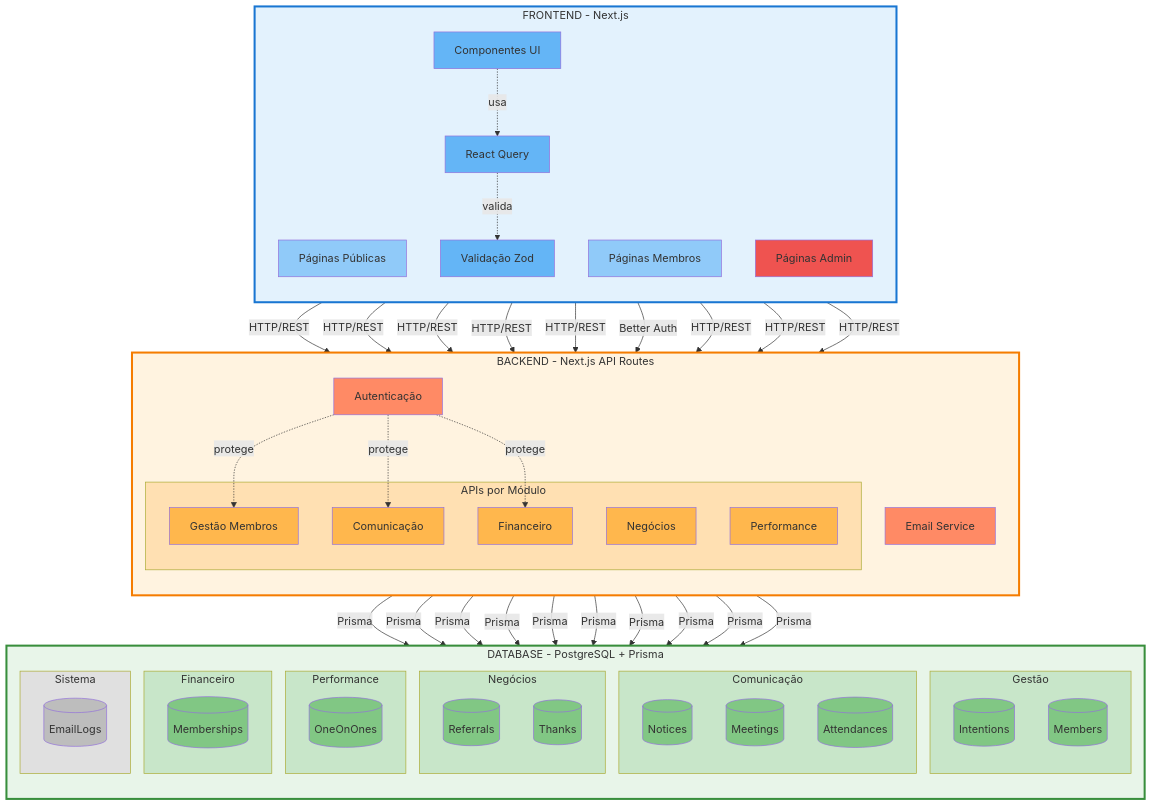
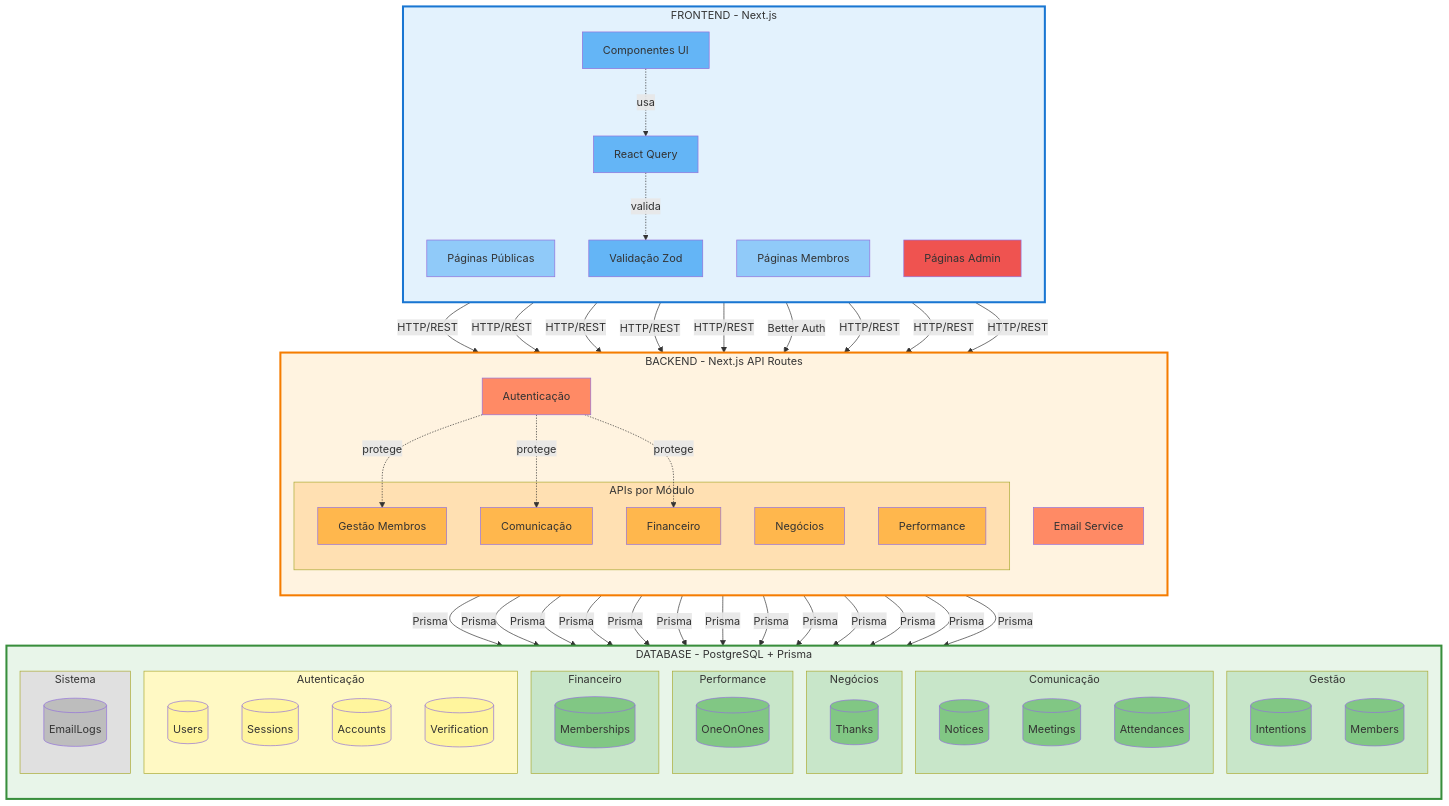
One commit to kelvin-quida/management-networking-group changed the diagram in ARCHITECTURE.md. Above: the diagram before and after it, drawn with Mermaid. The commit also changed other lines of this file, not shown here.

Commit message:
docs:  update architecture documentation

````diff
--- a/ARCHITECTURE.md
+++ b/ARCHITECTURE.md
@@ -143,20 +147,26 @@
         end
         
         subgraph DB3["Negócios"]
-            T6[(Referrals)]
-            T7[(Thanks)]
+            T6[(Thanks)]
         end
         
         subgraph DB4["Performance"]
-            T8[(OneOnOnes)]
+            T7[(OneOnOnes)]
         end
         
         subgraph DB5["Financeiro"]
-            T9[(Memberships)]
+            T8[(Memberships)]
         end
         
-        subgraph DB6["Sistema"]
-            T10[(EmailLogs)]
+        subgraph DB6["Autenticação"]
+            T9[(Users)]
+            T10[(Sessions)]
+            T11[(Accounts)]
+            T12[(Verification)]
+        end
+        
+        subgraph DB7["Sistema"]
+            T13[(EmailLogs)]
         end
     end
 
@@ -185,10 +195,13 @@
     API2 -->|Prisma| T4
     API2 -->|Prisma| T5
     API3 -->|Prisma| T6
-    API3 -->|Prisma| T7
-    API4 -->|Prisma| T8
-    API5 -->|Prisma| T9
-    EMAIL -->|Prisma| T10
+    API4 -->|Prisma| T7
+    API5 -->|Prisma| T8
+    AUTH -->|Prisma| T9
+    AUTH -->|Prisma| T10
+    AUTH -->|Prisma| T11
+    AUTH -->|Prisma| T12
+    EMAIL -->|Prisma| T13
 
     %% Estilos
     style Frontend fill:#e3f2fd,stroke:#1976d2,stroke-width:3px
@@ -216,7 +229,8 @@
     style DB3 fill:#c8e6c9
     style DB4 fill:#c8e6c9
     style DB5 fill:#c8e6c9
-    style DB6 fill:#e0e0e0
+    style DB6 fill:#fff9c4
+    style DB7 fill:#e0e0e0
     style T1 fill:#81c784
     style T2 fill:#81c784
     style T3 fill:#81c784
@@ -225,6 +239,9 @@
     style T6 fill:#81c784
     style T7 fill:#81c784
     style T8 fill:#81c784
-    style T9 fill:#81c784
-    style T10 fill:#bdbdbd
+    style T9 fill:#fff59d
+    style T10 fill:#fff59d
+    style T11 fill:#fff59d
+    style T12 fill:#fff59d
+    style T13 fill:#bdbdbd
 ```
````
